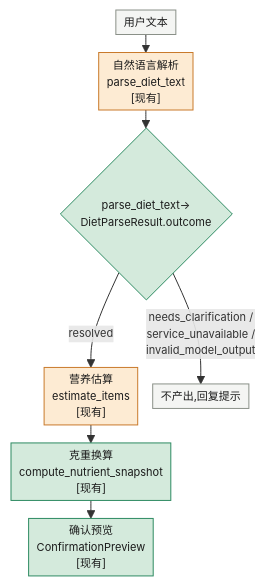
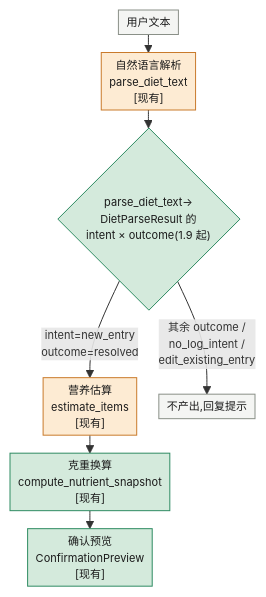
Before and after one commit to Yoki-SyZhang/diet-app: the diagram in tasks/flow_charts/01_0608_food_query.md, drawn with Mermaid. The commit also changed other lines of this file and 4 other files, not shown here.

First line of the commit message:
1.9 收尾:STATUS 勾完成,flow_charts 映射改[现有]并补新增环节

````diff
--- a/tasks/flow_charts/01_0608_food_query.md
+++ b/tasks/flow_charts/01_0608_food_query.md
@@ -32,17 +32,17 @@
 ```mermaid
 %%{init: {'themeVariables': {'fontSize': '11px'}, 'flowchart': {'nodeSpacing': 15, 'rankSpacing': 18, 'padding': 4}}}%%
 flowchart TD
     A["用户文本"] --> B["自然语言解析<br/>parse_diet_text<br/>[现有]"]
-    B --> Q{"parse_diet_text→<br/>DietParseResult.outcome"}
-    Q -->|"resolved"| C["营养估算<br/>estimate_items<br/>[现有]"]
+    B --> Q{"parse_diet_text→<br/>DietParseResult 的<br/>intent × outcome(1.9 起)"}
+    Q -->|"intent=new_entry<br/>outcome=resolved"| C["营养估算<br/>estimate_items<br/>[现有]"]
     C --> D["克重换算<br/>compute_nutrient_snapshot<br/>[现有]"]
     D --> E["确认预览<br/>ConfirmationPreview<br/>[现有]"]
-    Q -->|"needs_clarification /<br/>service_unavailable /<br/>invalid_model_output"| F["不产出,回复提示"]
+    Q -->|"其余 outcome /<br/>no_log_intent /<br/>edit_existing_entry"| F["不产出,回复提示"]
 
     classDef user fill:#F4F5F3,stroke:#8A9088,color:#1b1b1b;
     classDef service fill:#D4EADC,stroke:#2E8B62,color:#1b1b1b;
     classDef llm fill:#FDEBD3,stroke:#C97A2B,color:#1b1b1b;
     class A,F user;
     class B,C llm;
     class D,E,Q service;
 ```
````
